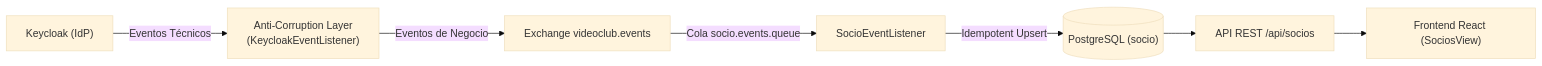
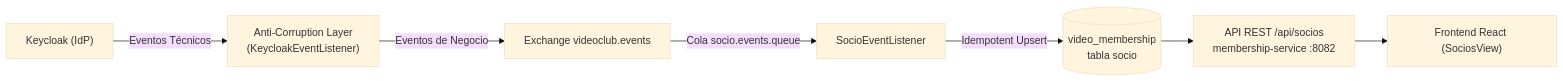
The diagram in docs/socios.md (hmunoz/springboot-sso), drawn with Mermaid (base theme) before and after one commit. The commit also changed other lines of this file and 7 other files, not shown here.

Commit message:
docs: update Keycloak realm configuration and documentation for dual-service architecture

````diff
--- a/docs/socios.md
+++ b/docs/socios.md
@@ -11,9 +14,9 @@
 ```mermaid
 flowchart LR
     KC["Keycloak (IdP)"] -->|Eventos Técnicos| ACL["Anti-Corruption Layer<br/>(KeycloakEventListener)"]
     ACL -->|Eventos de Negocio| RMQ["Exchange videoclub.events"]
     RMQ -->|Cola socio.events.queue| LIS["SocioEventListener"]
-    LIS -->|Idempotent Upsert| DB[("PostgreSQL (socio)")]
-    DB --> REST["API REST /api/socios"]
+    LIS -->|Idempotent Upsert| DB[("video_membership<br/>tabla socio")]
+    DB --> REST["API REST /api/socios<br/>membership-service :8082"]
     REST --> UI["Frontend React (SociosView)"]
 ```
````
